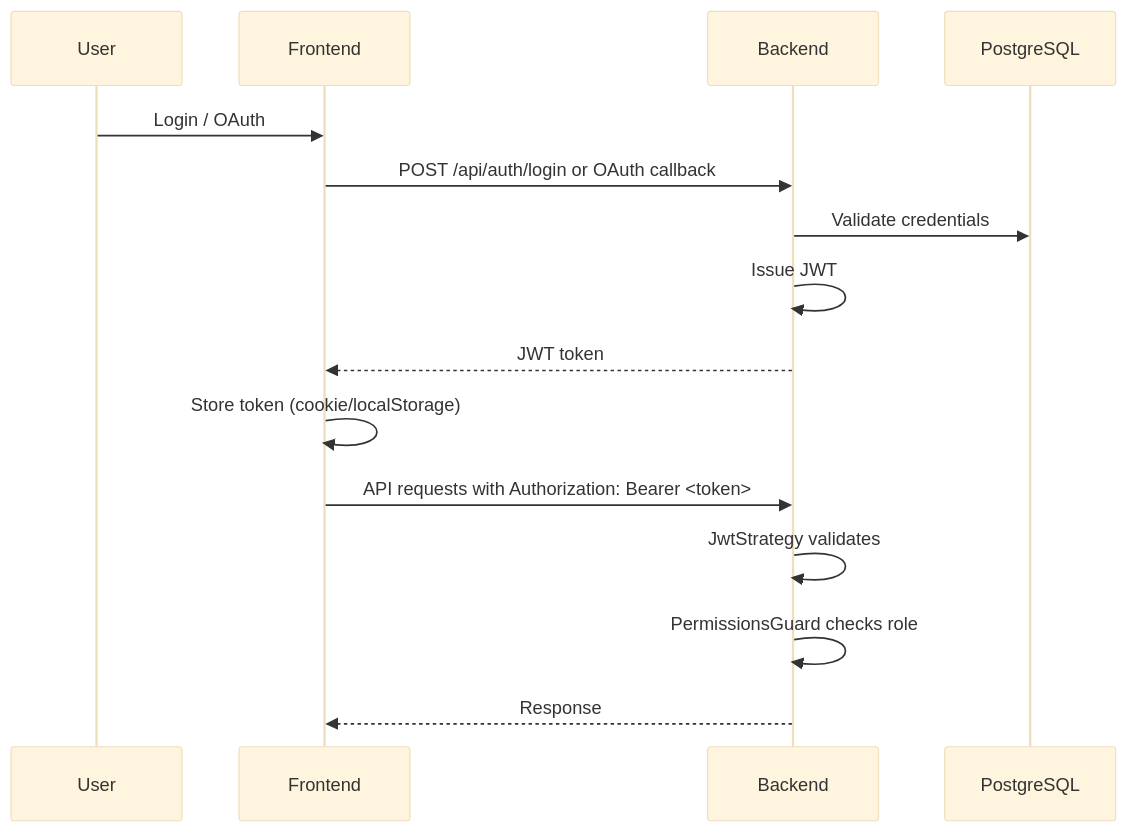
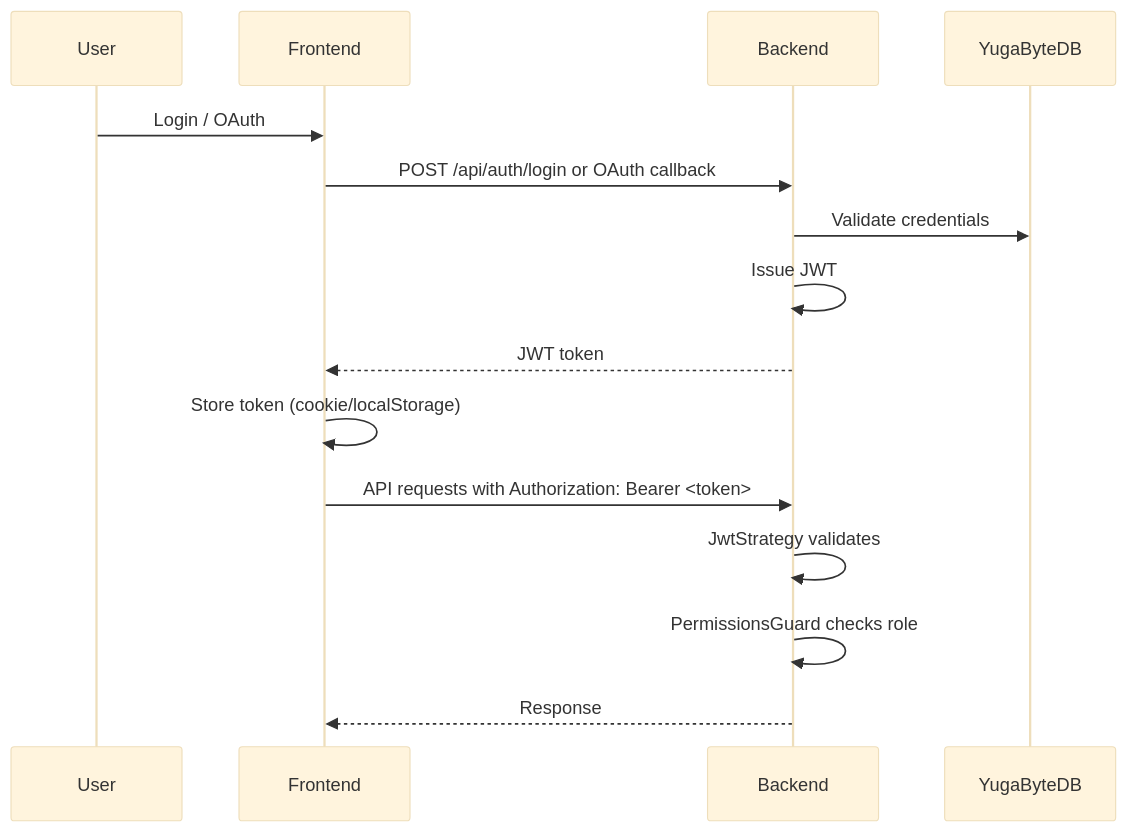
The third of 5 diagrams in Architecture.md (ai4lril/ai4lril.github.io), drawn with Mermaid (base theme) before and after one commit. The commit also changed other lines of this file and 29 other files, not shown here.

````diff
--- a/Architecture.md
+++ b/Architecture.md
@@ -270,18 +271,18 @@
 ```mermaid
 sequenceDiagram
     participant U as User
     participant F as Frontend
     participant B as Backend
-    participant DB as PostgreSQL
+    participant DB as YugaByteDB
 
     U->>F: Login / OAuth
     F->>B: POST /api/auth/login or OAuth callback
     B->>DB: Validate credentials
     B->>B: Issue JWT
     B-->>F: JWT token
     F->>F: Store token (cookie/localStorage)
     F->>B: API requests with Authorization: Bearer <token>
     B->>B: JwtStrategy validates
     B->>B: PermissionsGuard checks role
     B-->>F: Response
 ```
````
